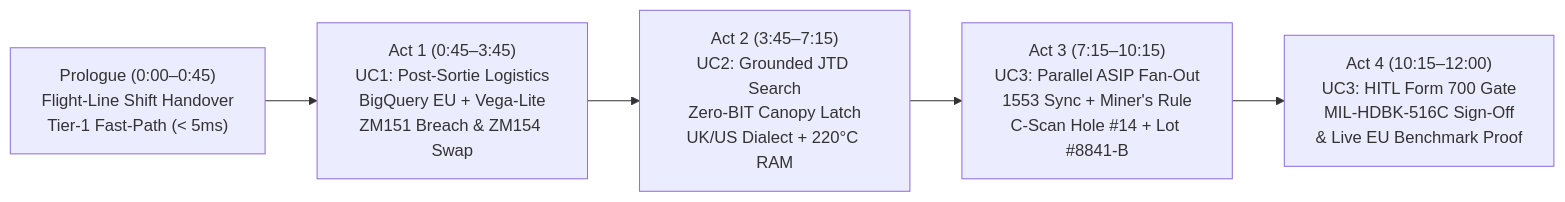
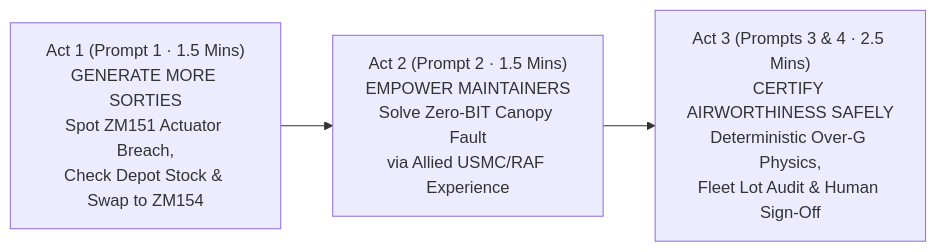
The diagram in DEMO_STORYBOARD.md (edwardsda-prog/f35), drawn with Mermaid before and after one commit. The commit also changed other lines of this file, not shown here.

Commit message:
docs(storyboard): streamline DEMO_STORYBOARD.md into 4-Prompt Golden Thread for executive audiences

````diff
--- a/DEMO_STORYBOARD.md
+++ b/DEMO_STORYBOARD.md
@@ -31,7 +27,5 @@
 ```mermaid
 flowchart LR
-    P["Prologue (0:00–0:45)<br/>Flight-Line Shift Handover<br/>Tier-1 Fast-Path (< 5ms)"] --> A1["Act 1 (0:45–3:45)<br/>UC1: Post-Sortie Logistics<br/>BigQuery EU + Vega-Lite<br/>ZM151 Breach & ZM154 Swap"]
-    A1 --> A2["Act 2 (3:45–7:15)<br/>UC2: Grounded JTD Search<br/>Zero-BIT Canopy Latch<br/>UK/US Dialect + 220°C RAM"]
-    A2 --> A3["Act 3 (7:15–10:15)<br/>UC3: Parallel ASIP Fan-Out<br/>1553 Sync + Miner's Rule<br/>C-Scan Hole #14 + Lot #8841-B"]
-    A3 --> A4["Act 4 (10:15–12:00)<br/>UC3: HITL Form 700 Gate<br/>MIL-HDBK-516C Sign-Off<br/>& Live EU Benchmark Proof"]
+    A1["Act 1 (Prompt 1 · 1.5 Mins)<br/>GENERATE MORE SORTIES<br/>Spot ZM151 Actuator Breach,<br/>Check Depot Stock & Swap to ZM154"] --> A2["Act 2 (Prompt 2 · 1.5 Mins)<br/>EMPOWER MAINTAINERS<br/>Solve Zero-BIT Canopy Fault<br/>via Allied USMC/RAF Experience"]
+    A2 --> A3["Act 3 (Prompts 3 & 4 · 2.5 Mins)<br/>CERTIFY AIRWORTHINESS SAFELY<br/>Deterministic Over-G Physics,<br/>Fleet Lot Audit & Human Sign-Off"]
 ```
````
